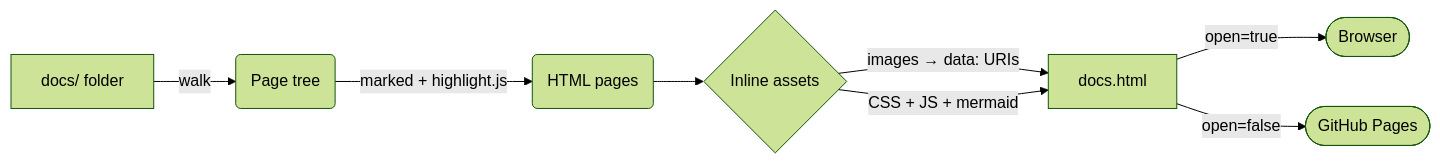
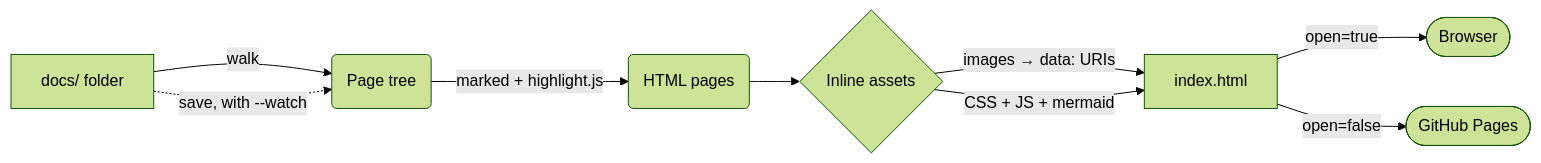
Before and after one commit to tforster/docs0: the diagram in docs/README.md, drawn with Mermaid (forest theme). The commit also changed other lines of this file and 4 other files, not shown here.

````diff
--- a/docs/README.md
+++ b/docs/README.md
@@ -31,10 +32,11 @@
 ```mermaid
 flowchart LR
   A[docs/ folder] -->|walk| B(Page tree)
   B -->|marked + highlight.js| C(HTML pages)
   C --> D{Inline assets}
-  D -->|images → data: URIs| E[docs.html]
+  D -->|images → data: URIs| E[index.html]
   D -->|CSS + JS + mermaid| E
   E -->|open=true| F([Browser])
   E -->|open=false| G([GitHub Pages])
+  A -.->|save, with --watch| B
 ```
````
